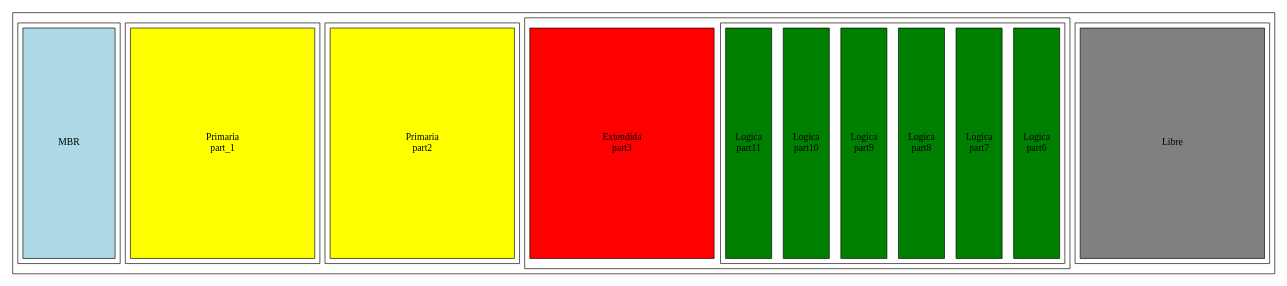
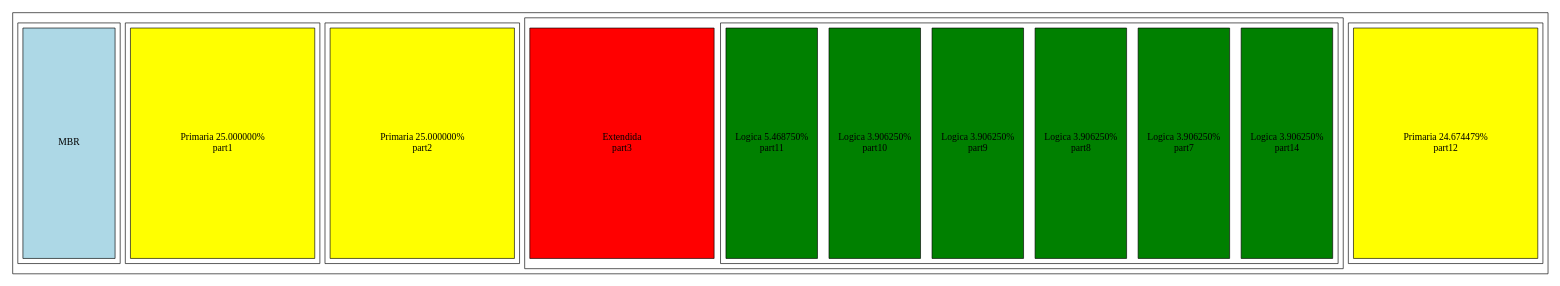
One commit to AndreeAvalos/HDDVirtual_2 changed the diagram in proyecto1/DISK.dot. Above: the diagram before and after it, drawn with Graphviz. The commit also changed 5 other files, not shown here.

```diff
--- a/proyecto1/DISK.dot
+++ b/proyecto1/DISK.dot
@@ -1,51 +1,52 @@
 digraph ArchivoMBR{
      subgraph cluster_DISCO{
          subgraph cluster_e{
 
-           "1" [label = "Libre",fontname = "Verdana",fillcolor=gray,style = filled,labelloc=c,shape = rectangle,fontsize = 15,height=5,width = 4];
+           "23" [label =  "Primaria 24.674479% 
+ part12",fontname = "Verdana",fillcolor=yellow,style = filled,labelloc=c,shape = rectangle,fontsize = 15,height=5,width = 4];
 
         }
          subgraph cluster_c{
 
-           "2" [label = "Extendida 
+           "24" [label = "Extendida 
 part3",fontname = "Verdana",fillcolor=red,style = filled,labelloc=c,shape = rectangle,fontsize = 15,height=5,width = 4];
                  subgraph cluster_LOGICAS{
-           "3" [label = "Logica 
- part6",fontname = "Verdana",fillcolor=green,style = filled,labelloc=c,shape = rectangle,fontsize = 15,height=5,width = 1];
+           "25" [label = "Logica 3.906250% 
+ part14",fontname = "Verdana",fillcolor=green,style = filled,labelloc=c,shape = rectangle,fontsize = 15,height=5,width = 1];
 
-           "4" [label = "Logica 
+           "26" [label = "Logica 3.906250% 
  part7",fontname = "Verdana",fillcolor=green,style = filled,labelloc=c,shape = rectangle,fontsize = 15,height=5,width = 1];
 
-           "5" [label = "Logica 
+           "27" [label = "Logica 3.906250% 
  part8",fontname = "Verdana",fillcolor=green,style = filled,labelloc=c,shape = rectangle,fontsize = 15,height=5,width = 1];
 
-           "6" [label = "Logica 
+           "28" [label = "Logica 3.906250% 
  part9",fontname = "Verdana",fillcolor=green,style = filled,labelloc=c,shape = rectangle,fontsize = 15,height=5,width = 1];
 
-           "7" [label = "Logica 
+           "29" [label = "Logica 3.906250% 
  part10",fontname = "Verdana",fillcolor=green,style = filled,labelloc=c,shape = rectangle,fontsize = 15,height=5,width = 1];
 
-           "8" [label = "Logica 
+           "30" [label = "Logica 5.468750% 
 part11",fontname = "Verdana",fillcolor=green,style = filled,labelloc=c,shape = rectangle,fontsize = 15,height=5,width = 1];
 
                }
 
         }
          subgraph cluster_b{
 
-           "10" [label =  "Primaria 
+           "32" [label =  "Primaria 25.000000% 
  part2",fontname = "Verdana",fillcolor=yellow,style = filled,labelloc=c,shape = rectangle,fontsize = 15,height=5,width = 4];
 
         }
          subgraph cluster_a{
 
-           "11" [label =  "Primaria 
- part_1",fontname = "Verdana",fillcolor=yellow,style = filled,labelloc=c,shape = rectangle,fontsize = 15,height=5,width = 4];
+           "33" [label =  "Primaria 25.000000% 
+ part1",fontname = "Verdana",fillcolor=yellow,style = filled,labelloc=c,shape = rectangle,fontsize = 15,height=5,width = 4];
 
         }
          subgraph cluster_MBR{
            "MBR" [label =  "MBR",fontname = "Verdana",fillcolor=lightblue,style = filled,labelloc=c,shape = rectangle,fontsize = 15,height=5,width = 2];
 
        }
    }
 }
```
